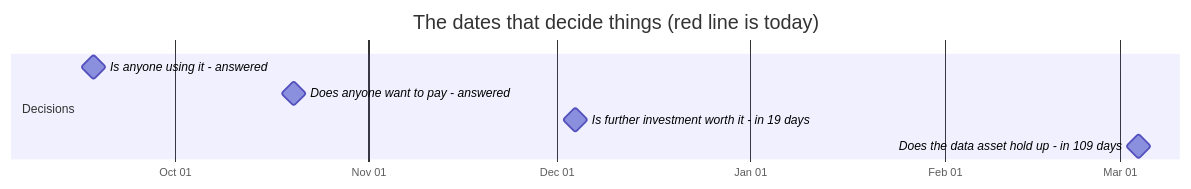
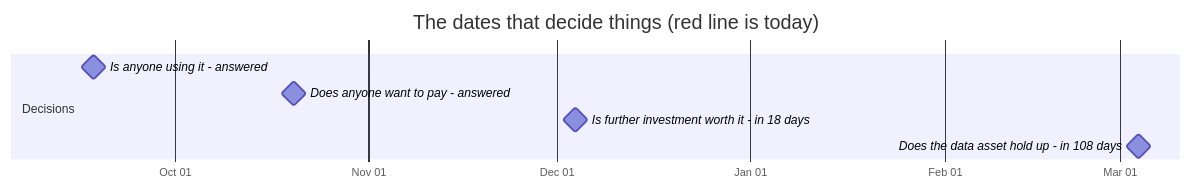
One commit to jakegu1/vetagent changed the first of 2 diagrams in docs/OWNER.md. Above: the diagram before and after it, drawn with Mermaid. The commit also changed other lines of this file, not shown here.

````diff
--- a/docs/OWNER.md
+++ b/docs/OWNER.md
@@ -67,12 +67,12 @@
 ```mermaid
 gantt
     dateFormat YYYY-MM-DD
     axisFormat %b %d
     todayMarker stroke-width:3px,stroke:#d33,stroke-dasharray:0
     title The dates that decide things (red line is today)
     section Decisions
     Is anyone using it - answered :milestone, 2026-09-18, 0d
     Does anyone want to pay - answered :milestone, 2026-10-20, 0d
-    Is further investment worth it - in 19 days :milestone, 2026-12-04, 0d
-    Does the data asset hold up - in 109 days :milestone, 2027-03-04, 0d
+    Is further investment worth it - in 18 days :milestone, 2026-12-04, 0d
+    Does the data asset hold up - in 108 days :milestone, 2027-03-04, 0d
 ```
````
